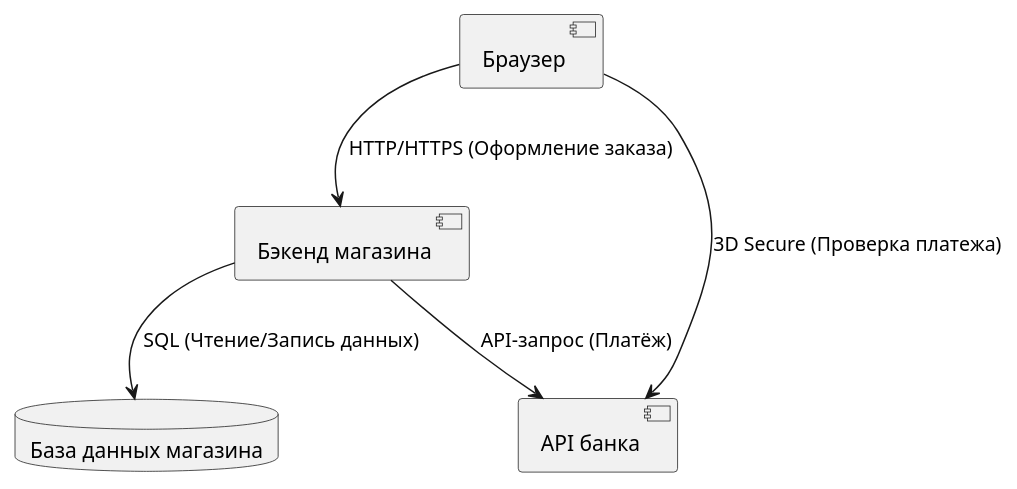
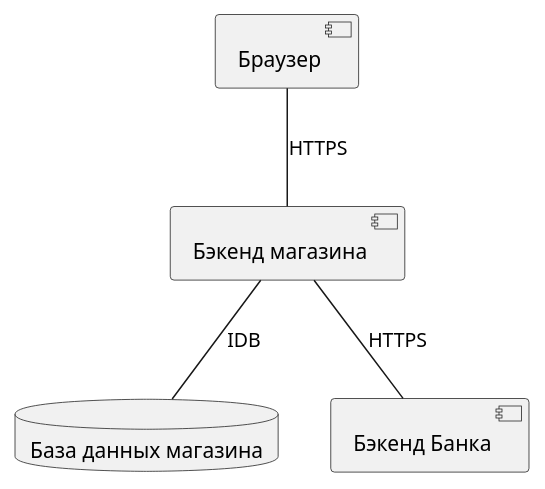
The diagram in laba_1-4/compenent_diagram.puml (UraharaKiska/umlk_diagram), drawn with PlantUML before and after one commit. The commit also changed 2 other files, not shown here.

```diff
--- a/laba_1-4/compenent_diagram.puml
+++ b/laba_1-4/compenent_diagram.puml
@@ -1,13 +1,13 @@
 @startuml
 component "Браузер" as Browser
 component "Бэкенд магазина" as Backend
 database "База данных магазина" as ShopDB
-component "API банка" as BankAPI
+component "Бэкенд Банка" as BankAPI
 
 ' Взаимодействие
-Browser --> Backend : HTTP/HTTPS (Оформление заказа)
-Backend --> ShopDB : SQL (Чтение/Запись данных)
-Backend --> BankAPI : API-запрос (Платёж)
-Browser --> BankAPI : 3D Secure (Проверка платежа)
+Browser -- Backend : HTTPS
+Backend -- ShopDB : IDB
+Backend -- BankAPI : HTTPS
+' Browser -- BankAPI : 3D Secure (Проверка платежа)
 
 @enduml
```
